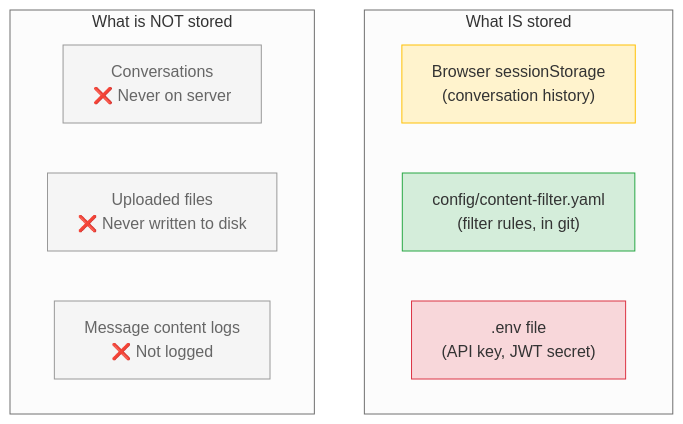
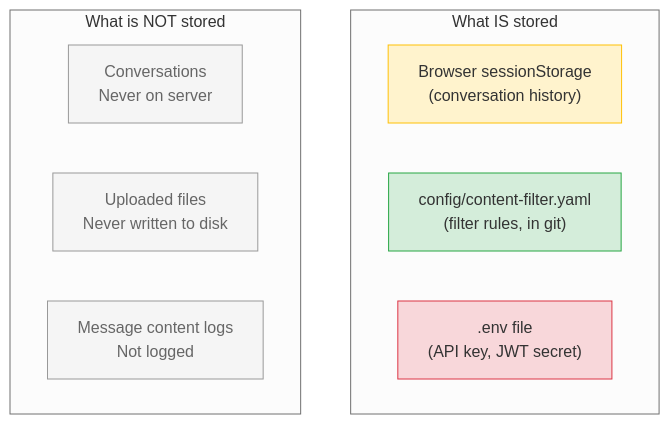
Before and after one commit to alezenonos/chatgateway: the fifth of 6 diagrams in README.md, drawn with Mermaid (neutral theme). The commit also changed other lines of this file, not shown here.

````diff
--- a/README.md
+++ b/README.md
@@ -256,21 +287,21 @@
 ```mermaid
 graph TB
     subgraph "What IS stored"
         BS["Browser sessionStorage<br/>(conversation history)"]
         CF["config/content-filter.yaml<br/>(filter rules, in git)"]
         ENV[".env file<br/>(API key, JWT secret)"]
     end
 
     subgraph "What is NOT stored"
-        NC["Conversations<br/>❌ Never on server"]
-        NF["Uploaded files<br/>❌ Never written to disk"]
-        NL["Message content logs<br/>❌ Not logged"]
+        NC["Conversations<br/>Never on server"]
+        NF["Uploaded files<br/>Never written to disk"]
+        NL["Message content logs<br/>Not logged"]
     end
 
     style BS fill:#fff3cd,stroke:#ffc107,color:#333
     style CF fill:#d4edda,stroke:#28a745,color:#333
     style ENV fill:#f8d7da,stroke:#dc3545,color:#333
     style NC fill:#f5f5f5,stroke:#999,color:#666
     style NF fill:#f5f5f5,stroke:#999,color:#666
     style NL fill:#f5f5f5,stroke:#999,color:#666
 ```
````
